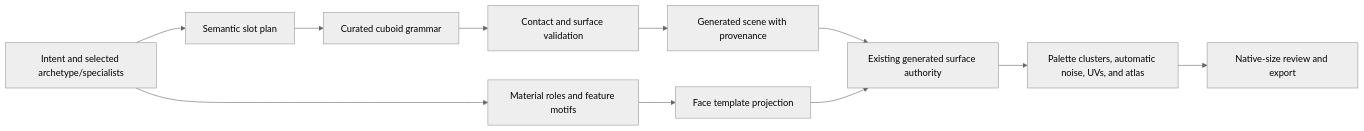
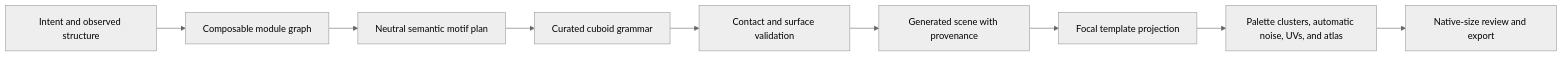
One commit to sigee-min/Ashfox changed the diagram in docs/architecture/iconic-hardcut-modeling.md. Above: the diagram before and after it, drawn with Mermaid (neutral theme). The commit also changed other lines of this file and 47 other files, not shown here.

````diff
--- a/docs/architecture/iconic-hardcut-modeling.md
+++ b/docs/architecture/iconic-hardcut-modeling.md
@@ -66,13 +66,11 @@
 ```mermaid
 flowchart LR
-  A["Intent and selected archetype/specialists"] --> B["Semantic slot plan"]
-  B --> C["Curated cuboid grammar"]
-  C --> D["Contact and surface validation"]
-  A --> E["Material roles and feature motifs"]
-  D --> F["Generated scene with provenance"]
-  E --> G["Face template projection"]
-  F --> H["Existing generated surface authority"]
-  G --> H
-  H --> I["Palette clusters, automatic noise, UVs, and atlas"]
-  I --> J["Native-size review and export"]
+  A["Intent and observed structure"] --> B["Composable module graph"]
+  B --> C["Neutral semantic motif plan"]
+  C --> D["Curated cuboid grammar"]
+  D --> E["Contact and surface validation"]
+  E --> F["Generated scene with provenance"]
+  F --> G["Focal template projection"]
+  G --> H["Palette clusters, automatic noise, UVs, and atlas"]
+  H --> I["Native-size review and export"]
 ```
````
